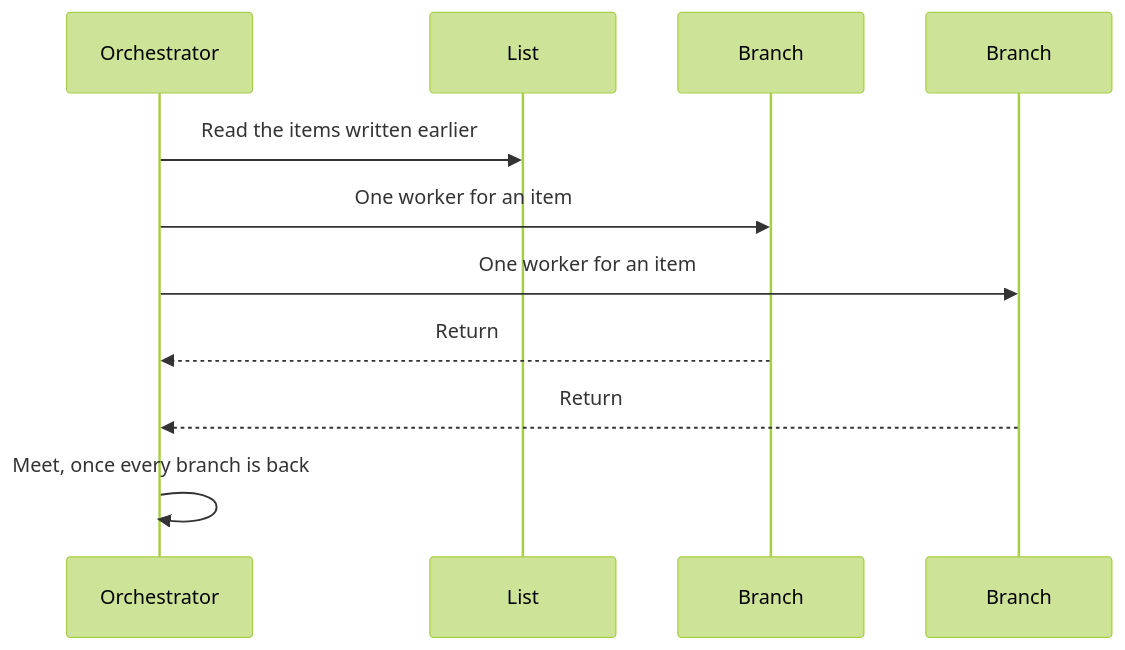
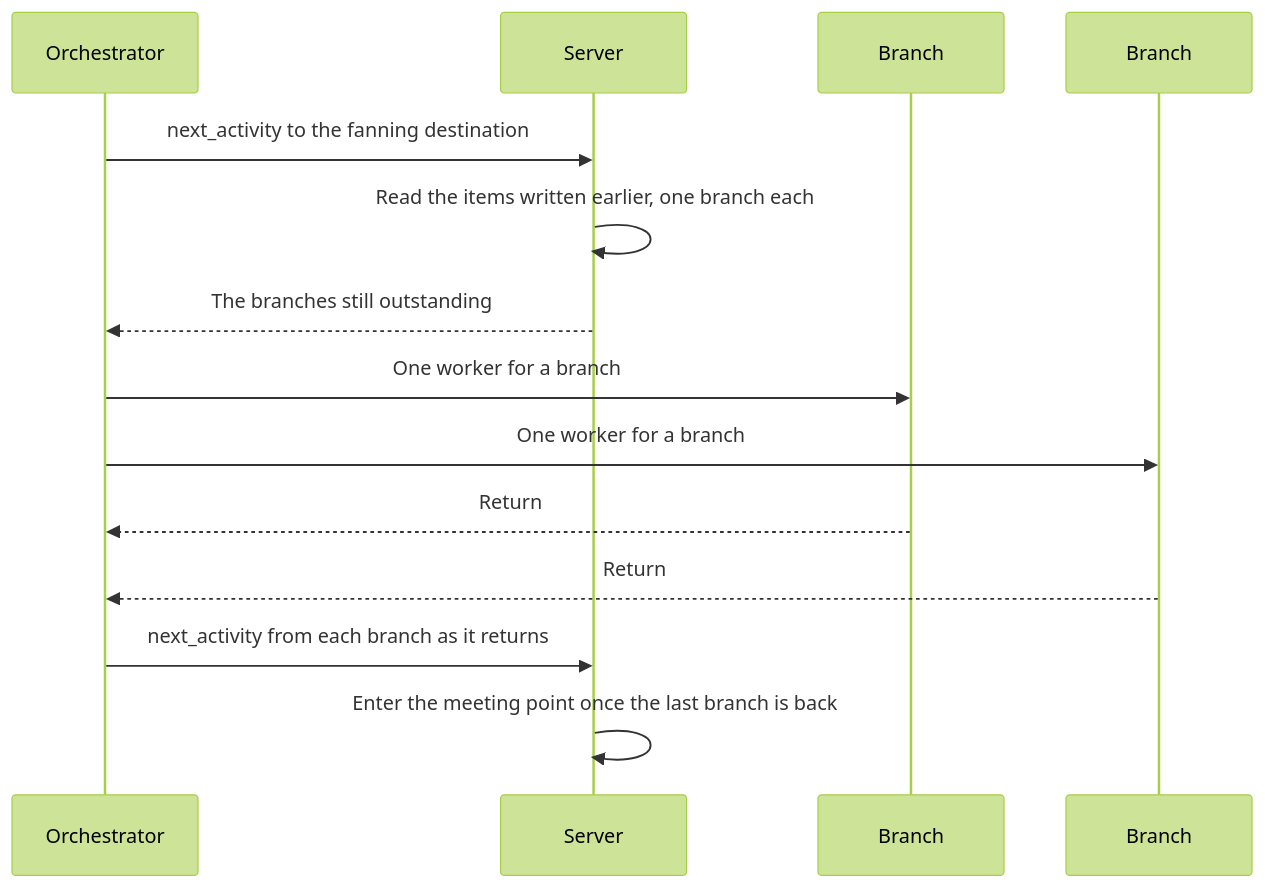
Before and after one commit to m2ux/workflow-server: the ninth of 18 diagrams in docs/dispatch.md, drawn with Mermaid (forest theme). The commit also changed 17 other files, not shown here.

````diff
--- a/docs/dispatch.md
+++ b/docs/dispatch.md
@@ -155,13 +155,16 @@
 ```mermaid
 sequenceDiagram
   participant Orchestrator
-  participant List
+  participant Server
   participant BranchA as Branch
   participant BranchB as Branch
-  Orchestrator->>List: Read the items written earlier
-  Orchestrator->>BranchA: One worker for an item
-  Orchestrator->>BranchB: One worker for an item
+  Orchestrator->>Server: next_activity to the fanning destination
+  Server->>Server: Read the items written earlier, one branch each
+  Server-->>Orchestrator: The branches still outstanding
+  Orchestrator->>BranchA: One worker for a branch
+  Orchestrator->>BranchB: One worker for a branch
   BranchA-->>Orchestrator: Return
   BranchB-->>Orchestrator: Return
-  Orchestrator->>Orchestrator: Meet, once every branch is back
+  Orchestrator->>Server: next_activity from each branch as it returns
+  Server->>Server: Enter the meeting point once the last branch is back
 ```
````
